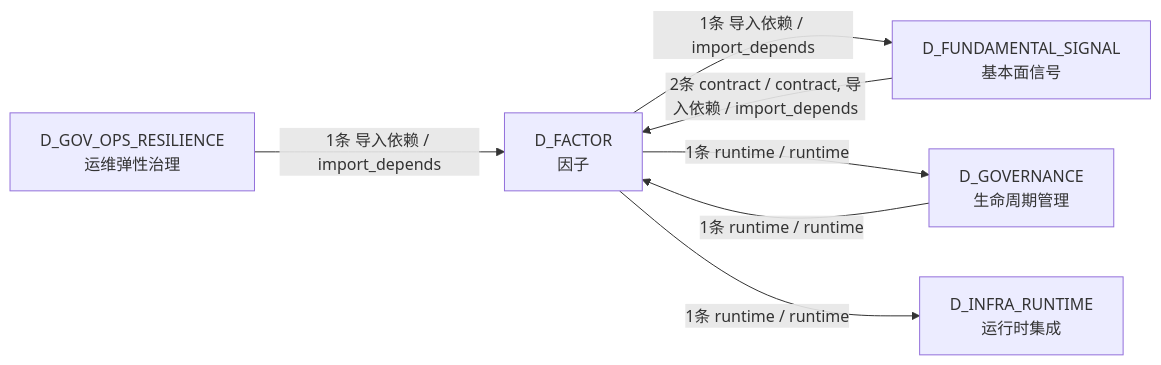
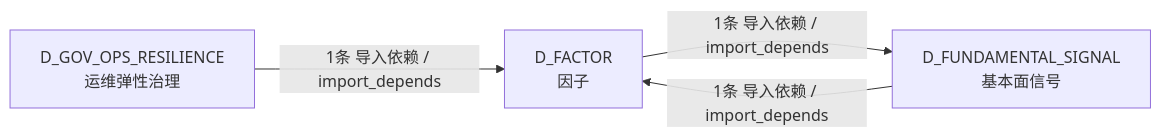
One commit to xuanFelixVan/ZephyrAlpha changed the fourth of 4 diagrams in docs/02_enterprise_architecture/02_domain_architecture_docs/36_d_factor.md. Above: the diagram before and after it, drawn with Mermaid. The commit also changed other lines of this file and 102 other files, not shown here.

````diff
--- a/docs/02_enterprise_architecture/02_domain_architecture_docs/36_d_factor.md
+++ b/docs/02_enterprise_architecture/02_domain_architecture_docs/36_d_factor.md
@@ -184,14 +167,9 @@
 ```mermaid
 graph LR
     D_FACTOR["D_FACTOR<br/>因子"]
     D_FUNDAMENTAL_SIGNAL["D_FUNDAMENTAL_SIGNAL<br/>基本面信号"]
-    D_GOVERNANCE["D_GOVERNANCE<br/>生命周期管理"]
-    D_INFRA_RUNTIME["D_INFRA_RUNTIME<br/>运行时集成"]
     D_GOV_OPS_RESILIENCE["D_GOV_OPS_RESILIENCE<br/>运维弹性治理"]
     D_FACTOR -->|1条 导入依赖 / import_depends| D_FUNDAMENTAL_SIGNAL
-    D_FACTOR -->|1条 runtime / runtime| D_GOVERNANCE
-    D_FACTOR -->|1条 runtime / runtime| D_INFRA_RUNTIME
-    D_FUNDAMENTAL_SIGNAL -->|2条 contract / contract, 导入依赖 / import_depends| D_FACTOR
-    D_GOVERNANCE -->|1条 runtime / runtime| D_FACTOR
+    D_FUNDAMENTAL_SIGNAL -->|1条 导入依赖 / import_depends| D_FACTOR
     D_GOV_OPS_RESILIENCE -->|1条 导入依赖 / import_depends| D_FACTOR
 ```
````
